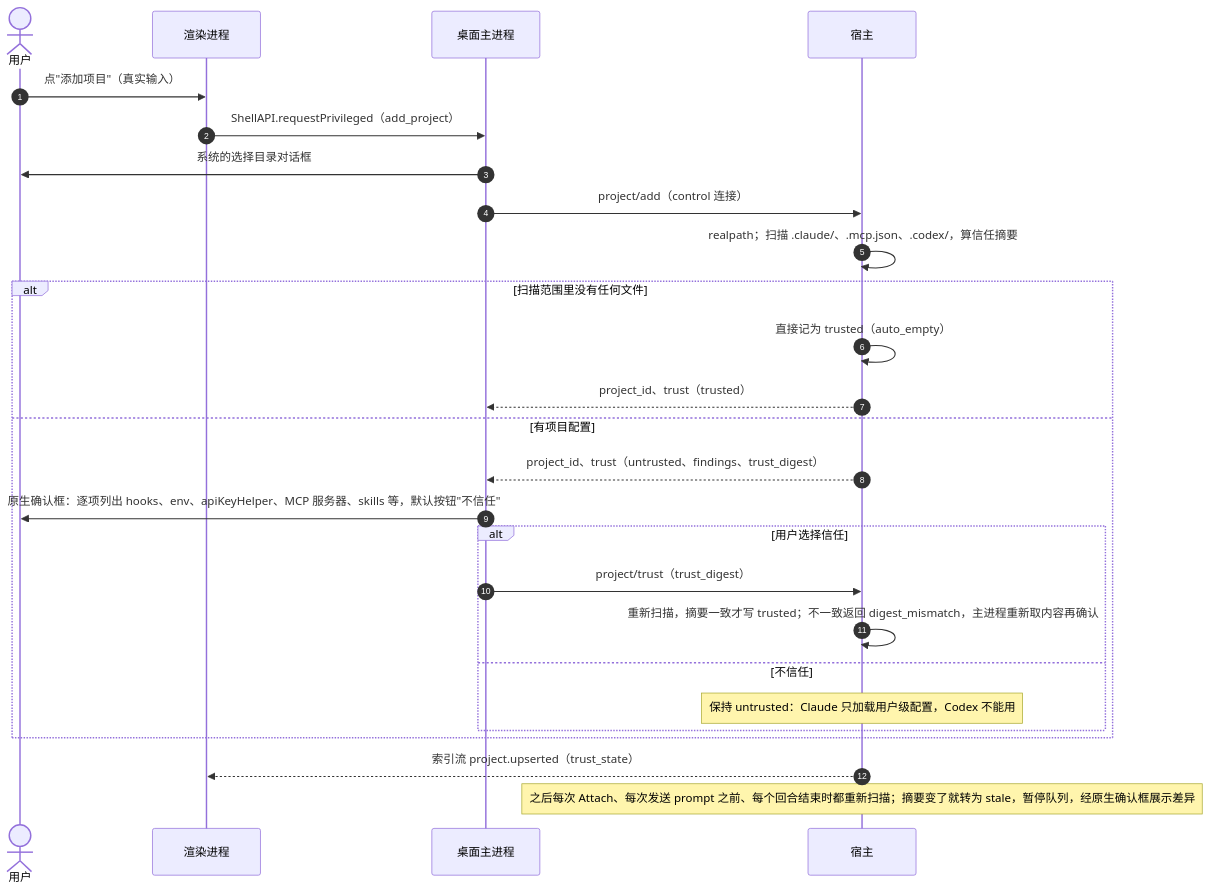
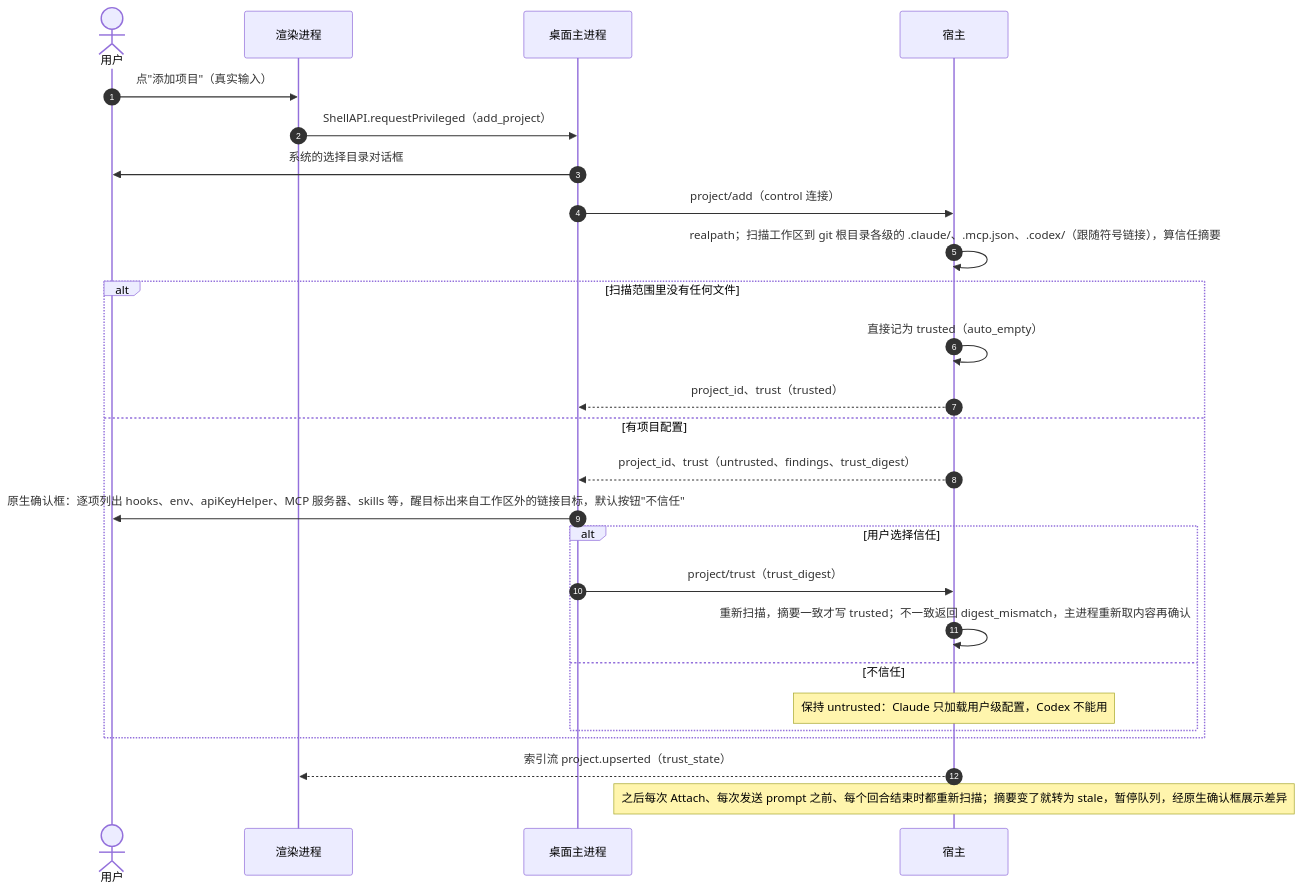
Before and after one commit to boris-w/cupper: diagram 11 of 11 in docs/design/05-flows.md, drawn with Mermaid. The commit also changed 5 other files, not shown here.

````diff
--- a/docs/design/05-flows.md
+++ b/docs/design/05-flows.md
@@ -387,28 +387,28 @@
 ```mermaid
 sequenceDiagram
   autonumber
   actor U as 用户
   participant R as 渲染进程
   participant M as 桌面主进程
   participant H as 宿主
   U->>R: 点"添加项目"（真实输入）
   R->>M: ShellAPI.requestPrivileged（add_project）
   M->>U: 系统的选择目录对话框
   M->>H: project/add（control 连接）
-  H->>H: realpath；扫描 .claude/、.mcp.json、.codex/，算信任摘要
+  H->>H: realpath；扫描工作区到 git 根目录各级的 .claude/、.mcp.json、.codex/（跟随符号链接），算信任摘要
   alt 扫描范围里没有任何文件
     H->>H: 直接记为 trusted（auto_empty）
     H-->>M: project_id、trust（trusted）
   else 有项目配置
     H-->>M: project_id、trust（untrusted、findings、trust_digest）
-    M->>U: 原生确认框：逐项列出 hooks、env、apiKeyHelper、MCP 服务器、skills 等，默认按钮"不信任"
+    M->>U: 原生确认框：逐项列出 hooks、env、apiKeyHelper、MCP 服务器、skills 等，醒目标出来自工作区外的链接目标，默认按钮"不信任"
     alt 用户选择信任
       M->>H: project/trust（trust_digest）
       H->>H: 重新扫描，摘要一致才写 trusted；不一致返回 digest_mismatch，主进程重新取内容再确认
     else 不信任
       Note over H: 保持 untrusted：Claude 只加载用户级配置，Codex 不能用
     end
   end
   H-->>R: 索引流 project.upserted（trust_state）
   Note over H: 之后每次 Attach、每次发送 prompt 之前、每个回合结束时都重新扫描；摘要变了就转为 stale，暂停队列，经原生确认框展示差异
 ```
````
